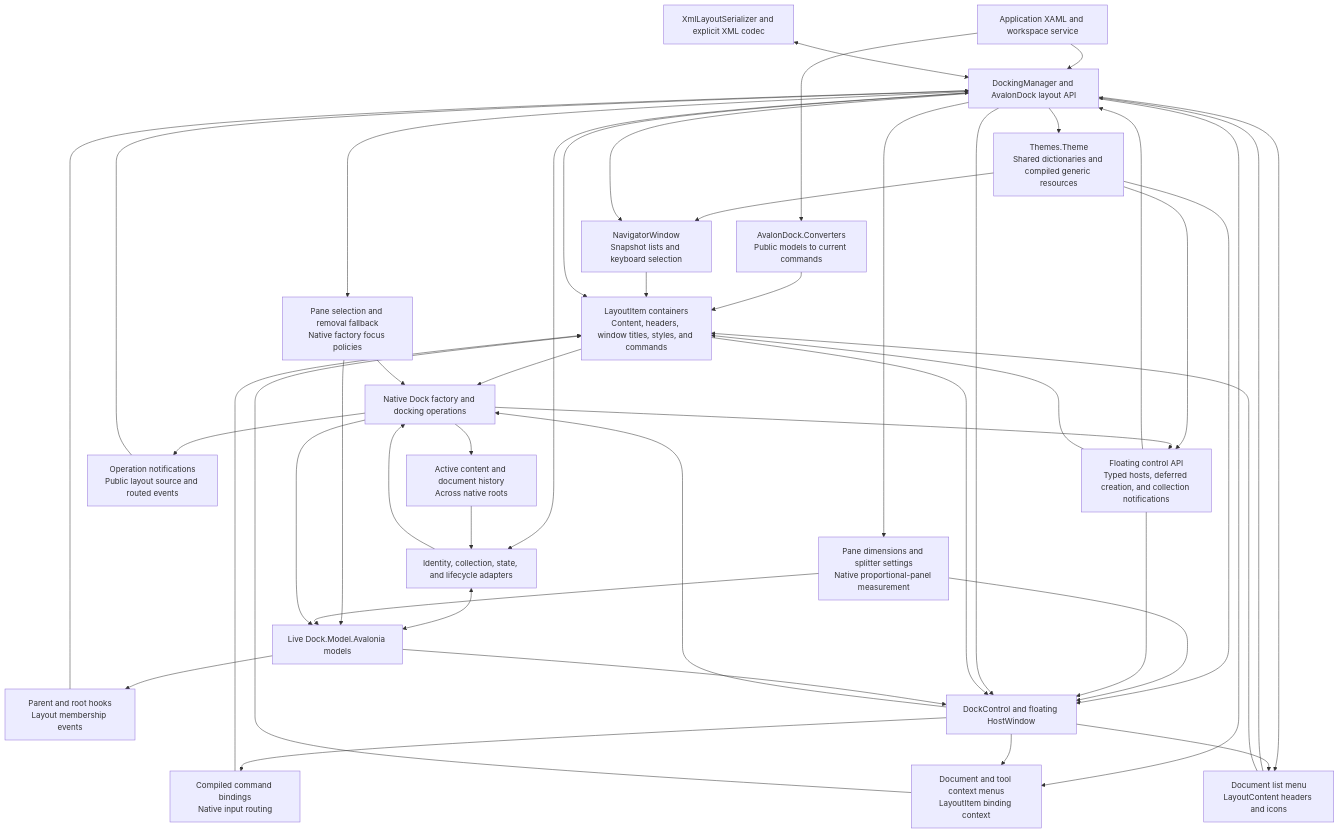
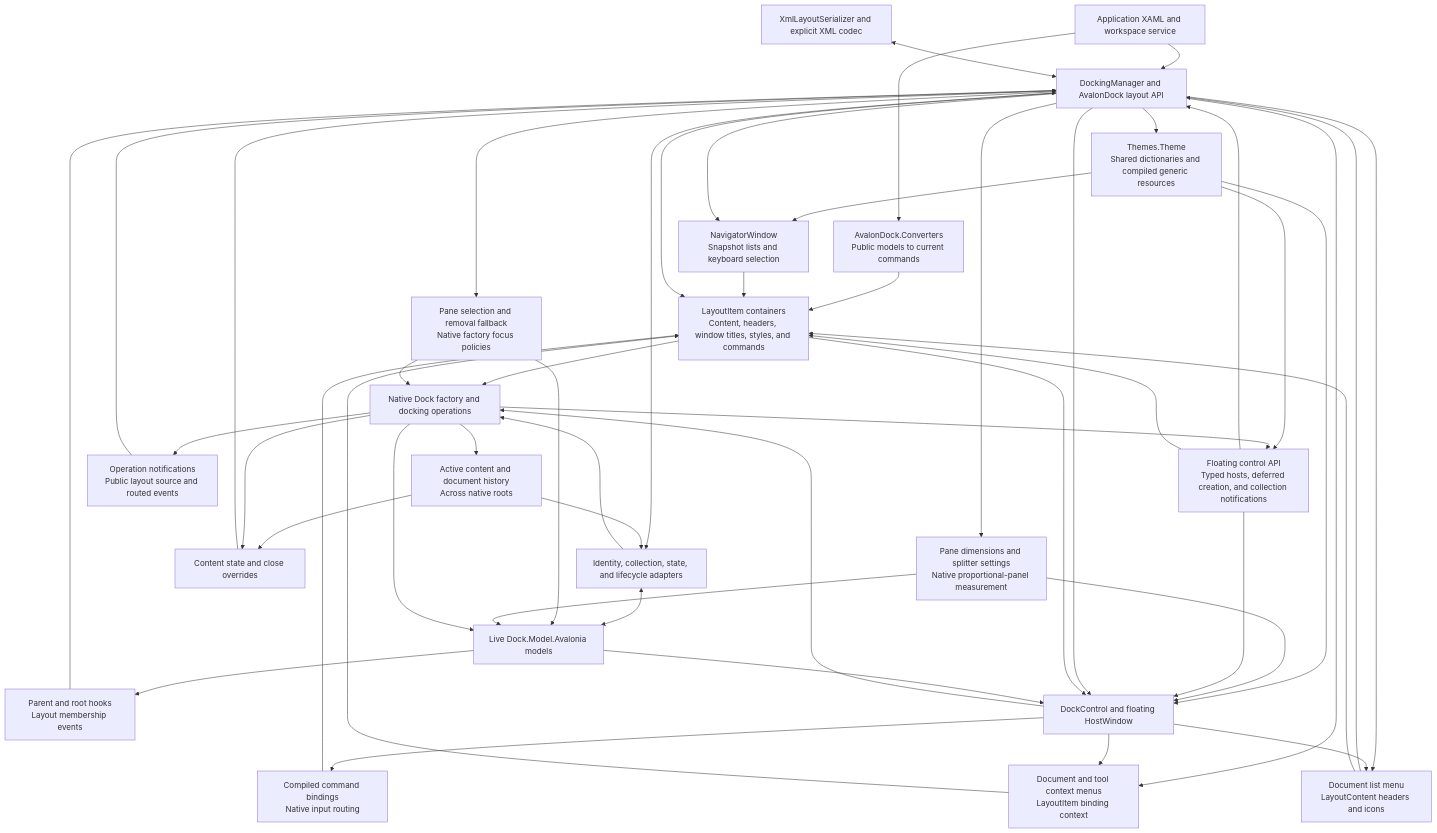
The diagram in src/Dock.Avalonia.AvalonDock/AVALONDOCK.md (wieslawsoltes/Dock), drawn with Mermaid before and after one commit. The commit also changed other lines of this file and 5 other files, not shown here.

Commit message:
Document content overrides and exercise them from a NuGet consumer

````diff
--- a/src/Dock.Avalonia.AvalonDock/AVALONDOCK.md
+++ b/src/Dock.Avalonia.AvalonDock/AVALONDOCK.md
@@ -463,68 +476,72 @@
 ```mermaid
 flowchart TB
     App["Application XAML and workspace service"]
     Api["DockingManager and AvalonDock layout API"]
     Items["LayoutItem containers<br/>Content, headers, window titles, styles, and commands"]
     Commands["Compiled command bindings<br/>Native input routing"]
     Converters["AvalonDock.Converters<br/>Public models to current commands"]
     Navigator["NavigatorWindow<br/>Snapshot lists and keyboard selection"]
     ResourceThemes["Themes.Theme<br/>Shared dictionaries and compiled generic resources"]
     Menus["Document and tool context menus<br/>LayoutItem binding context"]
     DocumentList["Document list menu<br/>LayoutContent headers and icons"]
     Bridge["Identity, collection, state, and lifecycle adapters"]
     Selection["Pane selection and removal fallback<br/>Native factory focus policies"]
     Focus["Active content and document history<br/>Across native roots"]
+    ContentHooks["Content state and close overrides"]
     TreeEvents["Parent and root hooks<br/>Layout membership events"]
     Events["Operation notifications<br/>Public layout source and routed events"]
     Hosts["Floating control API<br/>Typed hosts, deferred creation, and collection notifications"]
     Sizing["Pane dimensions and splitter settings<br/>Native proportional-panel measurement"]
     Models["Live Dock.Model.Avalonia models"]
     Factory["Native Dock factory and docking operations"]
     View["DockControl and floating HostWindow"]
     Xml["XmlLayoutSerializer and explicit XML codec"]
     App --> Api
     App --> Converters
     Converters --> Items
     Api --> ResourceThemes
     ResourceThemes --> Navigator
     ResourceThemes --> Hosts
     ResourceThemes --> View
     Api --> Navigator
     Navigator --> Items
     Api --> Items
     Items --> Factory
     Api <--> Bridge
     Bridge <--> Models
     Api --> Selection
     Selection --> Models
     Selection --> Factory
     Api --> Sizing
     Sizing --> Models
     Sizing --> View
     Bridge --> Factory
     Factory --> Models
     Factory --> Focus
     Focus --> Bridge
+    Focus --> ContentHooks
+    Factory --> ContentHooks
+    ContentHooks --> Api
     Models --> TreeEvents
     TreeEvents --> Api
     Factory --> Events
     Events --> Api
     Factory --> Hosts
     Hosts --> View
     Hosts --> Api
     Hosts --> Items
     Api --> View
     Items --> View
     View --> Commands
     Commands --> Items
     Api --> Menus
     View --> Menus
     Menus --> Items
     Api --> DocumentList
     View --> DocumentList
     DocumentList --> Api
     DocumentList --> Items
     Models --> View
     View --> Factory
     Xml <--> Api
 ```
````
